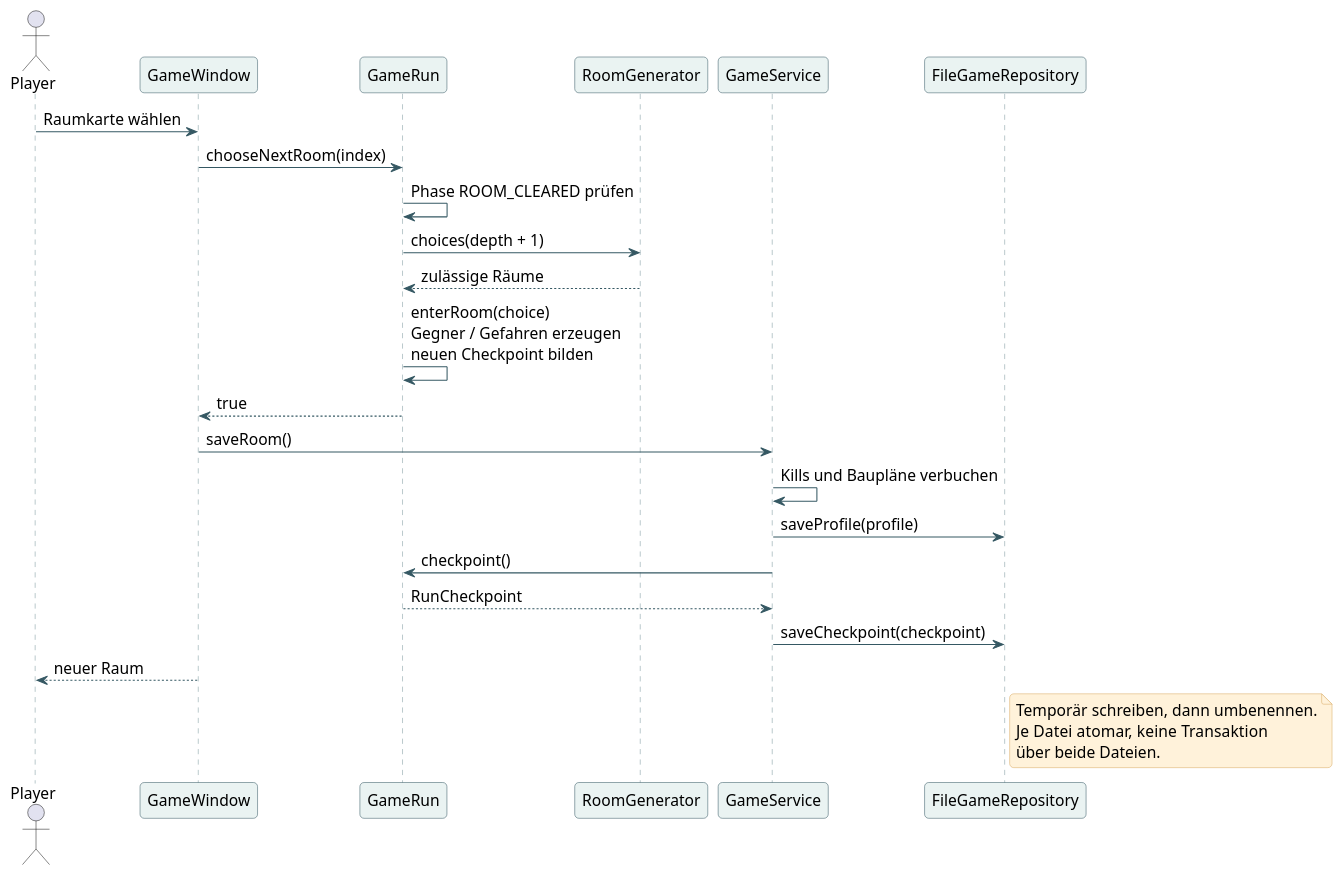
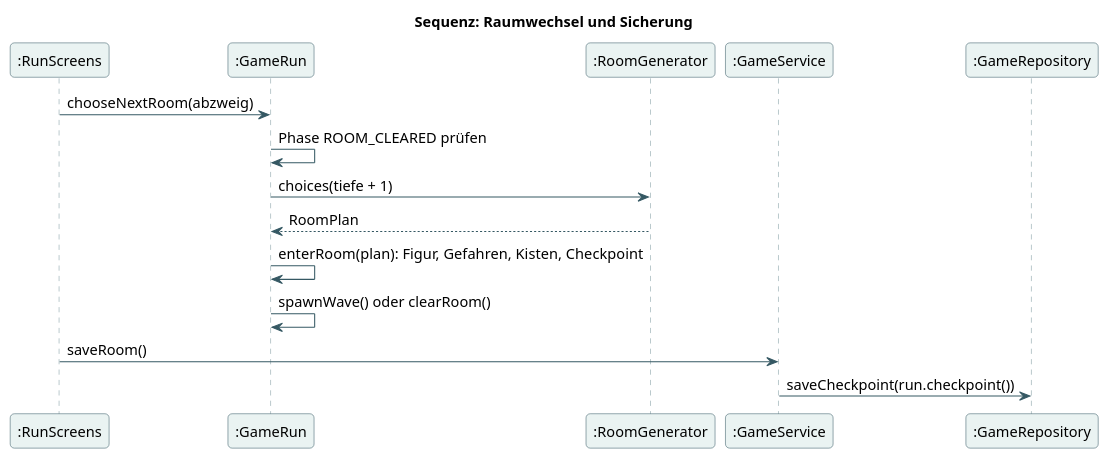
One commit to bassdav2/abyss changed the diagram in docs/diagrams/09-room-sequence.puml. Above: the diagram before and after it, drawn with PlantUML. The commit also changed 421 other files, not shown here.

```diff
--- a/docs/diagrams/09-room-sequence.puml
+++ b/docs/diagrams/09-room-sequence.puml
@@ -1,44 +1,35 @@
 @startuml
 skinparam backgroundColor #FFFFFF
 skinparam defaultFontName Arial
-skinparam defaultFontSize 15
+skinparam defaultFontSize 14
 skinparam shadowing false
 skinparam roundcorner 8
 skinparam ArrowColor #355863
 skinparam classBackgroundColor #EAF3F2
 skinparam classBorderColor #355863
 skinparam participantBackgroundColor #EAF3F2
 skinparam participantBorderColor #355863
 skinparam sequenceLifeLineBorderColor #7A979C
 skinparam noteBackgroundColor #FFF2DA
 skinparam noteBorderColor #D8AA64
 skinparam packageBackgroundColor #F5F8F7
 skinparam packageBorderColor #6E8B91
+skinparam stateBackgroundColor #EAF3F2
+skinparam stateBorderColor #355863
 hide empty members
-actor Player
-participant GameWindow as UI
-participant GameRun as Run
-participant RoomGenerator as Generator
-participant GameService as Service
-participant FileGameRepository as Repo
-Player -> UI : Raumkarte wählen
-UI -> Run : chooseNextRoom(index)
-Run -> Run : Phase ROOM_CLEARED prüfen
-Run -> Generator : choices(depth + 1)
-Generator --> Run : zulässige Räume
-Run -> Run : enterRoom(choice)\nGegner / Gefahren erzeugen\nneuen Checkpoint bilden
-Run --> UI : true
-UI -> Service : saveRoom()
-Service -> Service : Kills und Baupläne verbuchen
-Service -> Repo : saveProfile(profile)
-Service -> Run : checkpoint()
-Run --> Service : RunCheckpoint
-Service -> Repo : saveCheckpoint(checkpoint)
-UI --> Player : neuer Raum
-note right of Repo
-Temporär schreiben, dann umbenennen.
-Je Datei atomar, keine Transaktion
-über beide Dateien.
-end note
+title Sequenz: Raumwechsel und Sicherung
+participant ":RunScreens" as U
+participant ":GameRun" as R
+participant ":RoomGenerator" as G
+participant ":GameService" as S
+participant ":GameRepository" as Repo
+U -> R : chooseNextRoom(abzweig)
+R -> R : Phase ROOM_CLEARED prüfen
+R -> G : choices(tiefe + 1)
+G --> R : RoomPlan
+R -> R : enterRoom(plan): Figur, Gefahren, Kisten, Checkpoint
+R -> R : spawnWave() oder clearRoom()
+U -> S : saveRoom()
+S -> Repo : saveCheckpoint(run.checkpoint())
 
 @enduml
```
